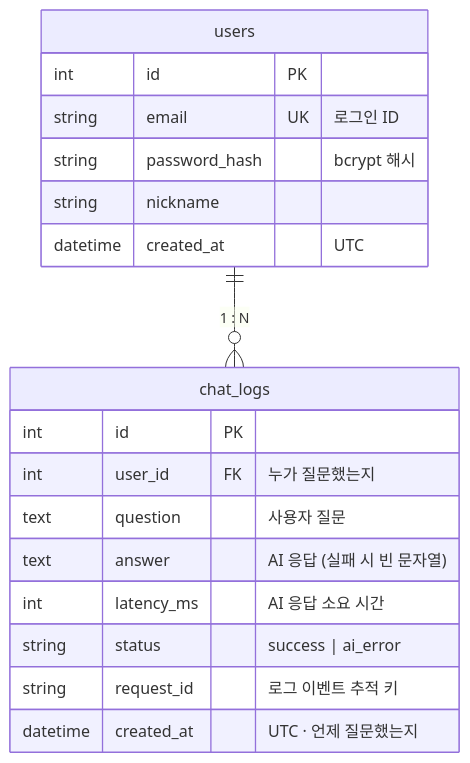
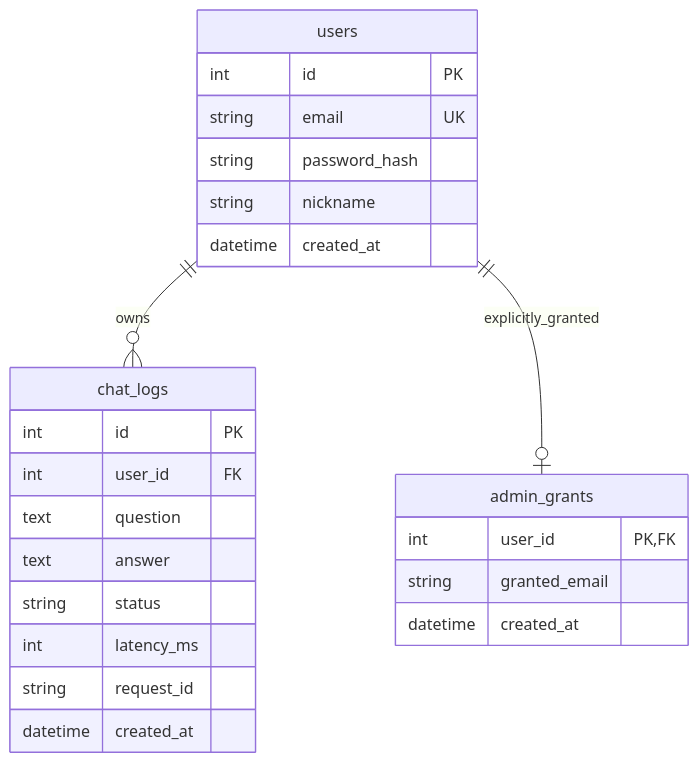
The second of 2 diagrams in README.md (codyssey-term-mission-B7-1/ai-chatbot-service), drawn with Mermaid before and after one commit. The commit also changed other lines of this file and 29 other files, not shown here.

````diff
--- a/README.md
+++ b/README.md
@@ -79,23 +94,21 @@
 ```mermaid
 erDiagram
-    users ||--o{ chat_logs : "1 : N"
-
-    users {
-        int      id PK
-        string   email UK "로그인 ID"
-        string   password_hash "bcrypt 해시"
-        string   nickname
-        datetime created_at "UTC"
-    }
-
-    chat_logs {
-        int      id PK
-        int      user_id FK "누가 질문했는지"
-        text     question "사용자 질문"
-        text     answer "AI 응답 (실패 시 빈 문자열)"
-        int      latency_ms "AI 응답 소요 시간"
-        string   status "success | ai_error"
-        string   request_id "로그 이벤트 추적 키"
-        datetime created_at "UTC · 언제 질문했는지"
-    }
+  users ||--o{ chat_logs : owns
+  users ||--o| admin_grants : explicitly_granted
+  users { int id PK
+    string email UK
+    string password_hash
+    string nickname
+    datetime created_at }
+  chat_logs { int id PK
+    int user_id FK
+    text question
+    text answer
+    string status
+    int latency_ms
+    string request_id
+    datetime created_at }
+  admin_grants { int user_id PK,FK
+    string granted_email
+    datetime created_at }
 ```
````
